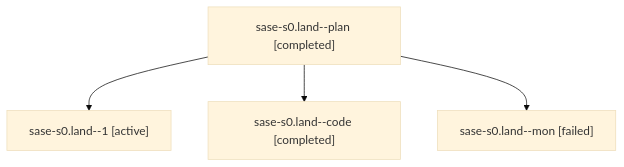
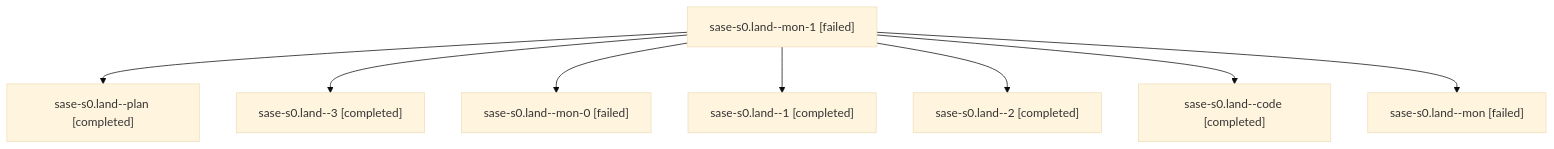
Before and after one commit to sase-org/sase--agents: the diagram in families/bbugyi200.athena.sase-s0.land.md, drawn with Mermaid (base theme). The commit also changed other lines of this file and 71 other files, not shown here.

````diff
--- a/families/bbugyi200.athena.sase-s0.land.md
+++ b/families/bbugyi200.athena.sase-s0.land.md
@@ -9,10 +9,18 @@
 ```mermaid
 flowchart TD
-  n0["sase-s0.land--plan [completed]"]
-  n1["sase-s0.land--1 [active]"]
+  n0["sase-s0.land--mon-1 [failed]"]
+  n1["sase-s0.land--plan [completed]"]
   n0 --> n1
-  n2["sase-s0.land--code [completed]"]
+  n2["sase-s0.land--3 [completed]"]
   n0 --> n2
-  n3["sase-s0.land--mon [failed]"]
+  n3["sase-s0.land--mon-0 [failed]"]
   n0 --> n3
+  n4["sase-s0.land--1 [completed]"]
+  n0 --> n4
+  n5["sase-s0.land--2 [completed]"]
+  n0 --> n5
+  n6["sase-s0.land--code [completed]"]
+  n0 --> n6
+  n7["sase-s0.land--mon [failed]"]
+  n0 --> n7
 ```
````
